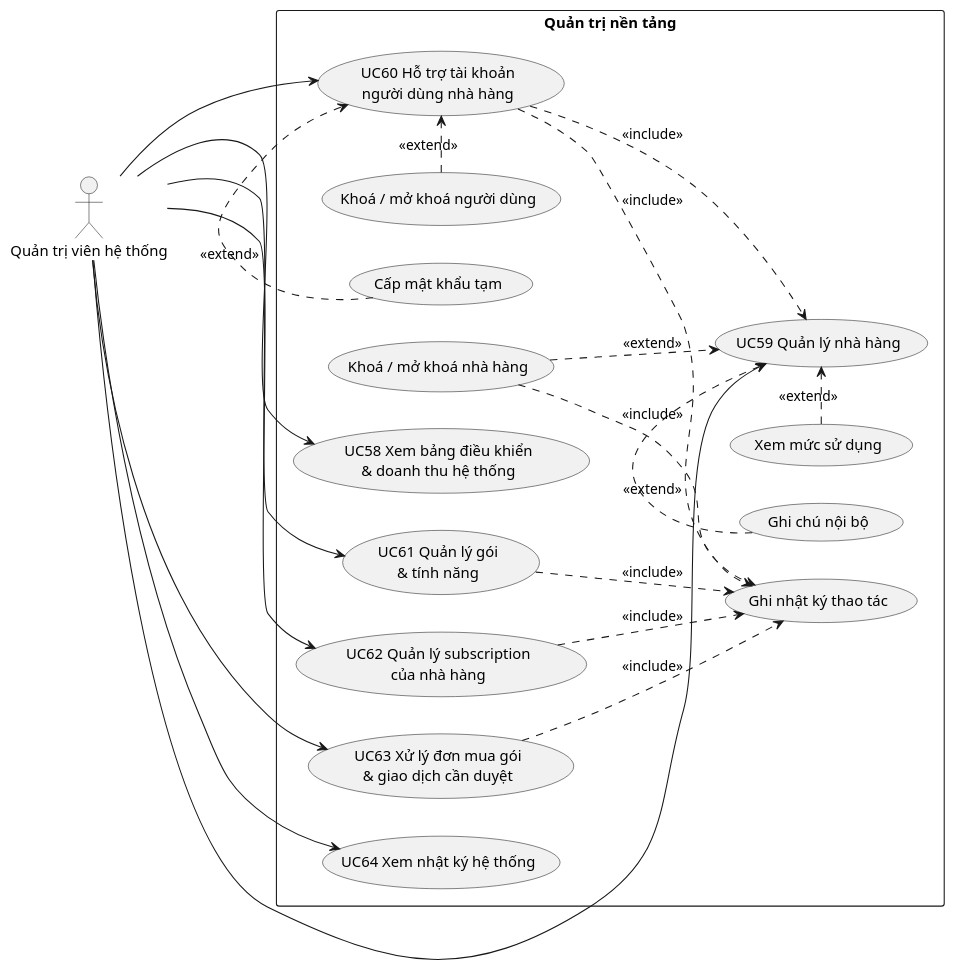
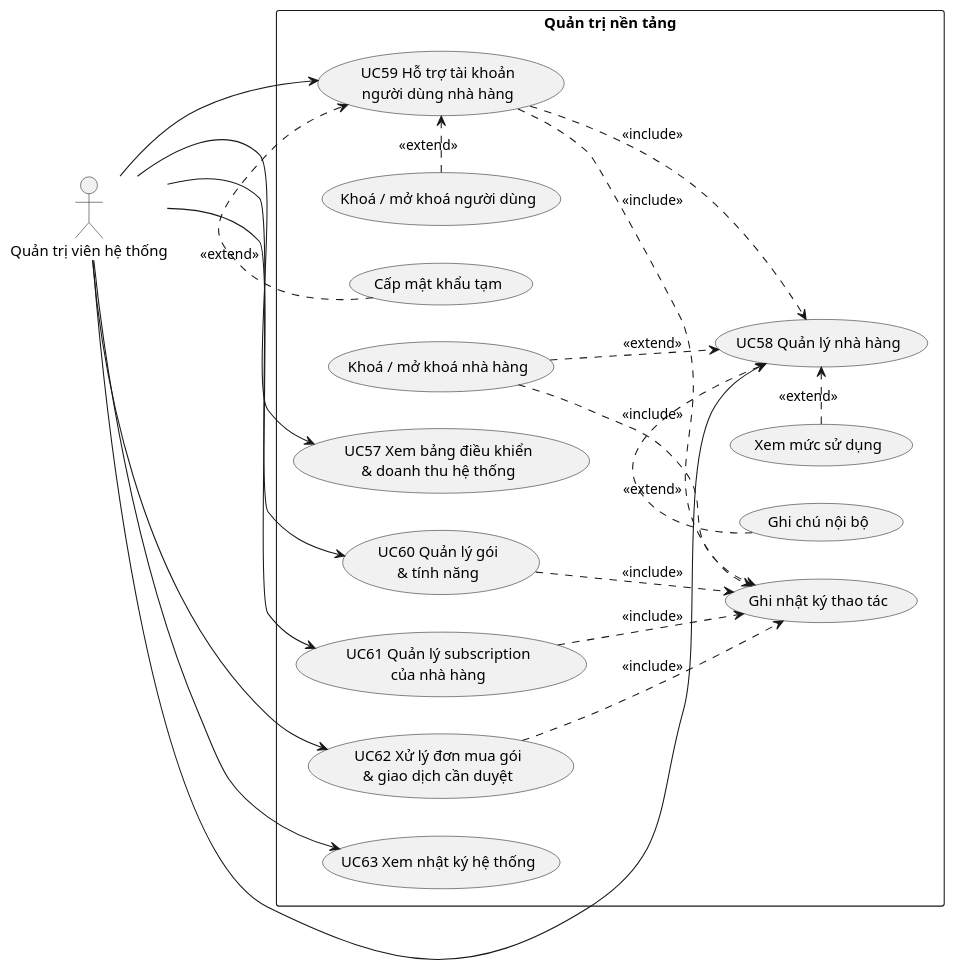
Before and after one commit to TruongHidu/XayPOS_be: the diagram in docs/usecase/12-quan-tri-he-thong.md, drawn with PlantUML. The commit also changed other lines of this file and 50 other files, not shown here.

````diff
--- a/docs/usecase/12-quan-tri-he-thong.md
+++ b/docs/usecase/12-quan-tri-he-thong.md
@@ -5,44 +5,44 @@
 ```plantuml
 @startuml UC12_QuanTri
 left to right direction
 skinparam packageStyle rectangle
 
 actor "Quản trị viên hệ thống" as Admin
 
 rectangle "Quản trị nền tảng" {
-  usecase "UC58 Xem bảng điều khiển\n& doanh thu hệ thống" as UC58
-  usecase "UC59 Quản lý nhà hàng" as UC59
-  usecase "Khoá / mở khoá nhà hàng" as UC59a
-  usecase "Xem mức sử dụng" as UC59b
-  usecase "Ghi chú nội bộ" as UC59c
-  usecase "UC60 Hỗ trợ tài khoản\nngười dùng nhà hàng" as UC60
-  usecase "Khoá / mở khoá người dùng" as UC60a
-  usecase "Cấp mật khẩu tạm" as UC60b
-  usecase "UC61 Quản lý gói\n& tính năng" as UC61
-  usecase "UC62 Quản lý subscription\ncủa nhà hàng" as UC62
-  usecase "UC63 Xử lý đơn mua gói\n& giao dịch cần duyệt" as UC63
-  usecase "UC64 Xem nhật ký hệ thống" as UC64
+  usecase "UC57 Xem bảng điều khiển\n& doanh thu hệ thống" as UC57
+  usecase "UC58 Quản lý nhà hàng" as UC58
+  usecase "Khoá / mở khoá nhà hàng" as UC58a
+  usecase "Xem mức sử dụng" as UC58b
+  usecase "Ghi chú nội bộ" as UC58c
+  usecase "UC59 Hỗ trợ tài khoản\nngười dùng nhà hàng" as UC59
+  usecase "Khoá / mở khoá người dùng" as UC59a
+  usecase "Cấp mật khẩu tạm" as UC59b
+  usecase "UC60 Quản lý gói\n& tính năng" as UC60
+  usecase "UC61 Quản lý subscription\ncủa nhà hàng" as UC61
+  usecase "UC62 Xử lý đơn mua gói\n& giao dịch cần duyệt" as UC62
+  usecase "UC63 Xem nhật ký hệ thống" as UC63
   usecase "Ghi nhật ký thao tác" as UCaudit
 }
 
+Admin --> UC57
 Admin --> UC58
 Admin --> UC59
 Admin --> UC60
 Admin --> UC61
 Admin --> UC62
 Admin --> UC63
-Admin --> UC64
 
+UC58a .> UC58 : <<extend>>
+UC58b .> UC58 : <<extend>>
+UC58c .> UC58 : <<extend>>
 UC59a .> UC59 : <<extend>>
 UC59b .> UC59 : <<extend>>
-UC59c .> UC59 : <<extend>>
-UC60a .> UC60 : <<extend>>
-UC60b .> UC60 : <<extend>>
-UC60 ..> UC59 : <<include>>
-UC59a ..> UCaudit : <<include>>
+UC59 ..> UC58 : <<include>>
+UC58a ..> UCaudit : <<include>>
+UC59 ..> UCaudit : <<include>>
 UC60 ..> UCaudit : <<include>>
 UC61 ..> UCaudit : <<include>>
 UC62 ..> UCaudit : <<include>>
-UC63 ..> UCaudit : <<include>>
 @enduml
 ```
````
